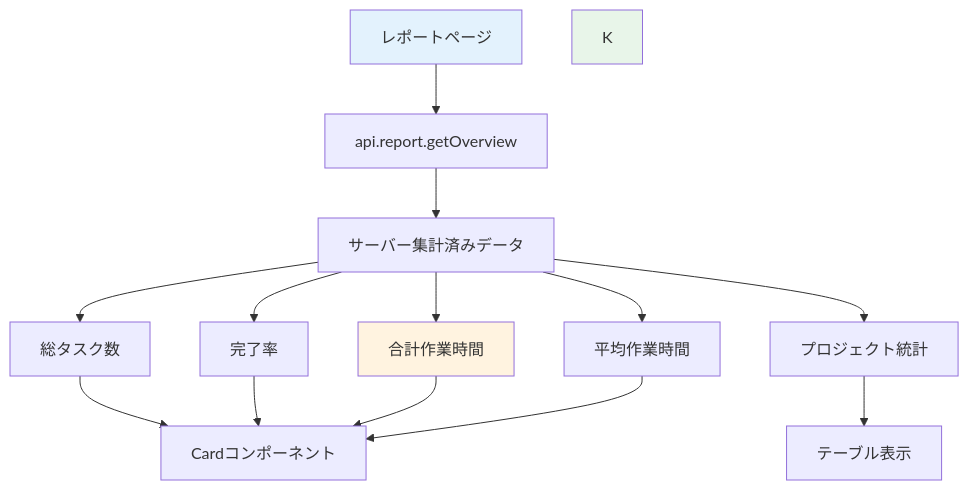
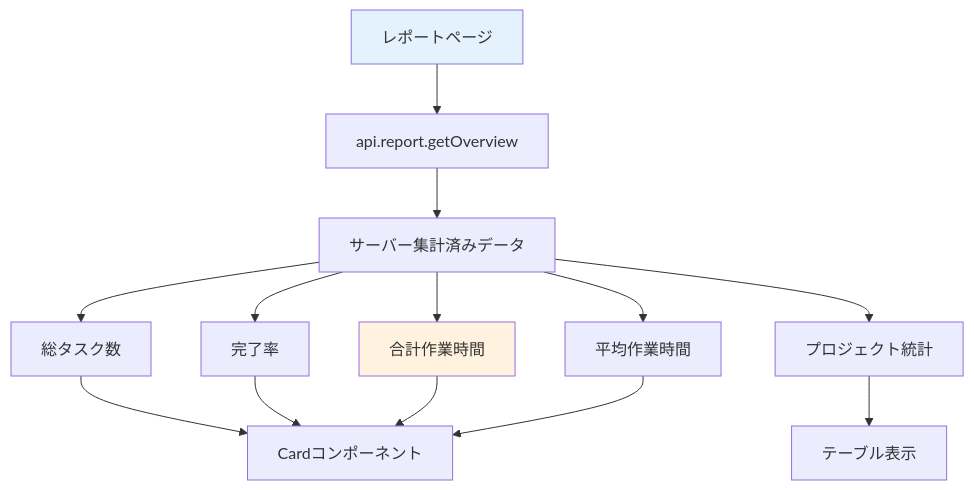
Before and after one commit to kouiso/task-app: the diagram in material/30days-curriculum/day21_統計カードを表示.md, drawn with Mermaid. The commit also changed other lines of this file and 93 other files, not shown here.

````diff
--- a/material/30days-curriculum/day21_統計カードを表示.md
+++ b/material/30days-curriculum/day21_統計カードを表示.md
@@ -45,19 +45,18 @@
 ```mermaid
 flowchart TD
     A[レポートページ] --> B[api.report.getOverview]
     B --> C[サーバー集計済みデータ]
     C --> D[総タスク数]
     C --> E[完了率]
     C --> F[合計作業時間]
     C --> G[平均作業時間]
     C --> H[プロジェクト統計]
     D --> I[Cardコンポーネント]
     E --> I
     F --> I
     G --> I
     H --> J[テーブル表示]
 
     style A fill:#e3f2fd
     style F fill:#fff3e0
-    style K fill:#e8f5e9
 ```
````
